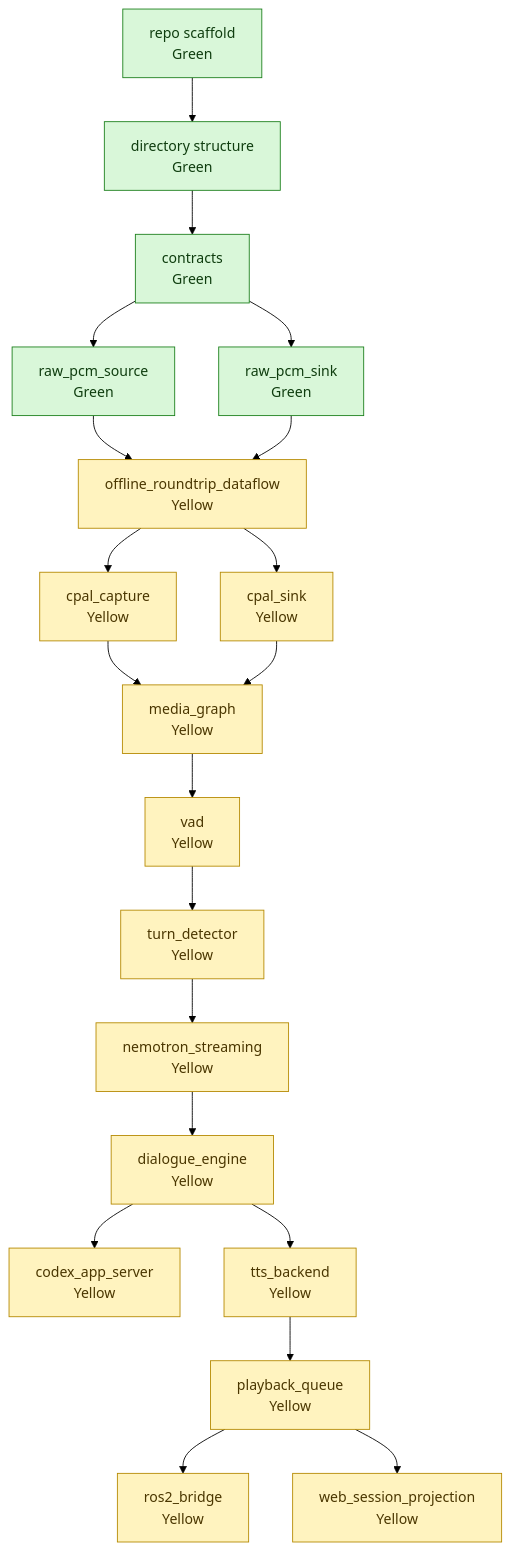
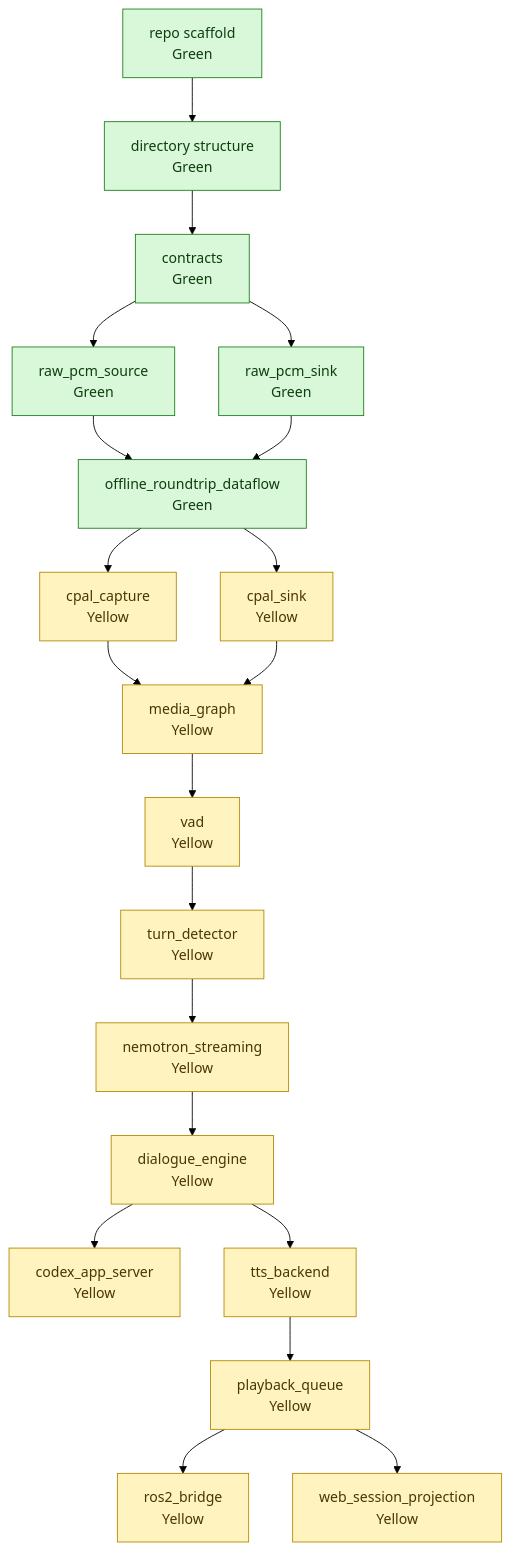
One commit to Escenda/fluent-audio changed the diagram in docs/architecture/build-plan.md. Above: the diagram before and after it, drawn with Mermaid (forest theme). The commit also changed other lines of this file and 4 other files, not shown here.

Commit message:
Fix DORA raw PCM roundtrip metadata boundary

````diff
--- a/docs/architecture/build-plan.md
+++ b/docs/architecture/build-plan.md
@@ -15,47 +15,47 @@
 ```mermaid
 flowchart TD
     repo_scaffold["repo scaffold<br>Green"]
     directory_structure["directory structure<br>Green"]
     contracts["contracts<br>Green"]
     raw_pcm_source["raw_pcm_source<br>Green"]
     raw_pcm_sink["raw_pcm_sink<br>Green"]
-    offline_roundtrip_dataflow["offline_roundtrip_dataflow<br>Yellow"]
+    offline_roundtrip_dataflow["offline_roundtrip_dataflow<br>Green"]
     cpal_capture["cpal_capture<br>Yellow"]
     cpal_sink["cpal_sink<br>Yellow"]
     media_graph["media_graph<br>Yellow"]
     vad["vad<br>Yellow"]
     turn_detector["turn_detector<br>Yellow"]
     nemotron_streaming["nemotron_streaming<br>Yellow"]
     dialogue_engine["dialogue_engine<br>Yellow"]
     codex_app_server["codex_app_server<br>Yellow"]
     tts_backend["tts_backend<br>Yellow"]
     playback_queue["playback_queue<br>Yellow"]
     ros2_bridge["ros2_bridge<br>Yellow"]
     web_session_projection["web_session_projection<br>Yellow"]
 
     repo_scaffold --> directory_structure
     directory_structure --> contracts
     contracts --> raw_pcm_source
     contracts --> raw_pcm_sink
     raw_pcm_source --> offline_roundtrip_dataflow
     raw_pcm_sink --> offline_roundtrip_dataflow
     offline_roundtrip_dataflow --> cpal_capture
     offline_roundtrip_dataflow --> cpal_sink
     cpal_capture --> media_graph
     cpal_sink --> media_graph
     media_graph --> vad
     vad --> turn_detector
     turn_detector --> nemotron_streaming
     nemotron_streaming --> dialogue_engine
     dialogue_engine --> codex_app_server
     dialogue_engine --> tts_backend
     tts_backend --> playback_queue
     playback_queue --> ros2_bridge
     playback_queue --> web_session_projection
 
     classDef verified fill:#d9f7d9,stroke:#1b7f1b,color:#0f3d0f;
     classDef scaffold fill:#fff3bf,stroke:#b58900,color:#4a3600;
     classDef missing fill:#ffd6d6,stroke:#b00020,color:#4a0000;
-    class repo_scaffold,directory_structure,contracts,raw_pcm_source,raw_pcm_sink verified;
-    class offline_roundtrip_dataflow,cpal_capture,cpal_sink,media_graph,vad,turn_detector,nemotron_streaming,dialogue_engine,codex_app_server,tts_backend,playback_queue,ros2_bridge,web_session_projection scaffold;
+    class repo_scaffold,directory_structure,contracts,raw_pcm_source,raw_pcm_sink,offline_roundtrip_dataflow verified;
+    class cpal_capture,cpal_sink,media_graph,vad,turn_detector,nemotron_streaming,dialogue_engine,codex_app_server,tts_backend,playback_queue,ros2_bridge,web_session_projection scaffold;
 ```
````
